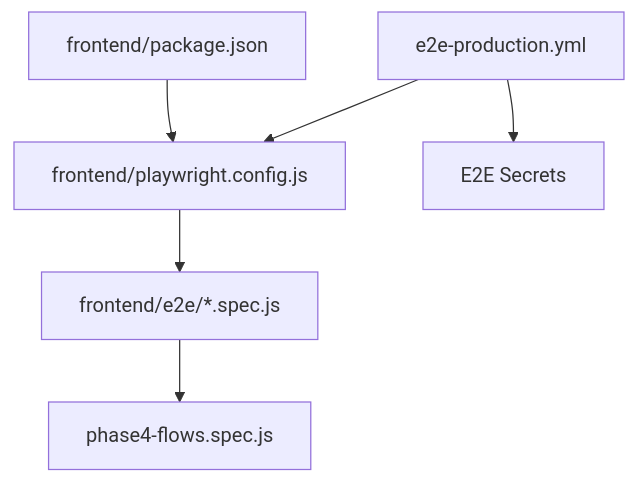
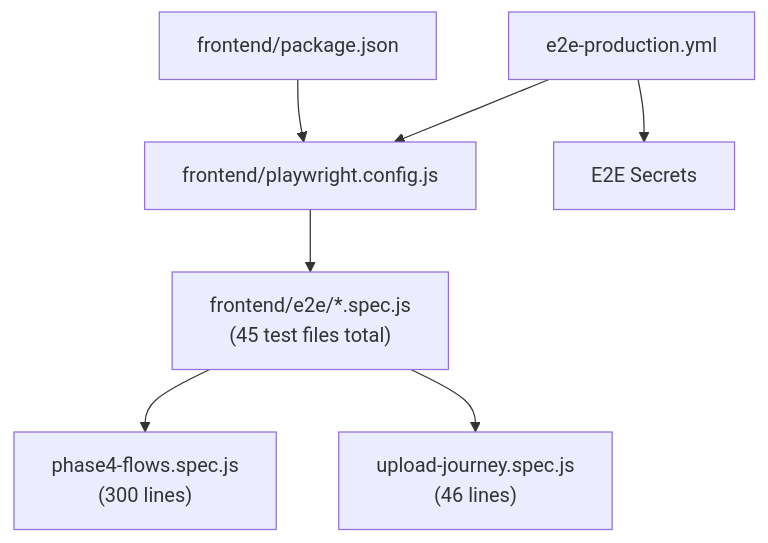
Before and after one commit to rohitkumarnaidu/-Auto-AI-Automated-Academic-Docx-Manuscript-Formatter: diagram 12 of 12 in .qoder/repowiki/en/content/Testing Strategy/Frontend Testing/Playwright End-to-End Testing.md, drawn with Mermaid. The commit also changed other lines of this file and 160 other files, not shown here.

````diff
--- a/.qoder/repowiki/en/content/Testing Strategy/Frontend Testing/Playwright End-to-End Testing.md
+++ b/.qoder/repowiki/en/content/Testing Strategy/Frontend Testing/Playwright End-to-End Testing.md
@@ -448,14 +531,16 @@
 ```mermaid
 graph TB
 PKG["frontend/package.json"]
 PWCFG["frontend/playwright.config.js"]
 WF["e2e-production.yml"]
-TESTS["frontend/e2e/*.spec.js"]
-PHASE4["phase4-flows.spec.js"]
+TESTS["frontend/e2e/*.spec.js<br/>(45 test files total)"]
+PHASE4["phase4-flows.spec.js<br/>(300 lines)"]
+UPLOAD["upload-journey.spec.js<br/>(46 lines)"]
 ENV["E2E Secrets"]
 PKG --> PWCFG
 WF --> PWCFG
 WF --> ENV
 PWCFG --> TESTS
 TESTS --> PHASE4
+TESTS --> UPLOAD
 ```
````
